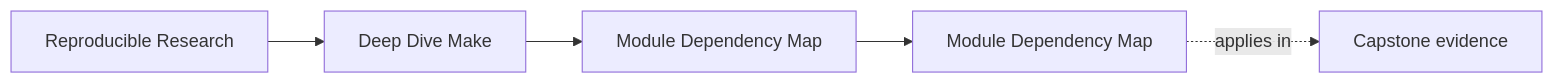
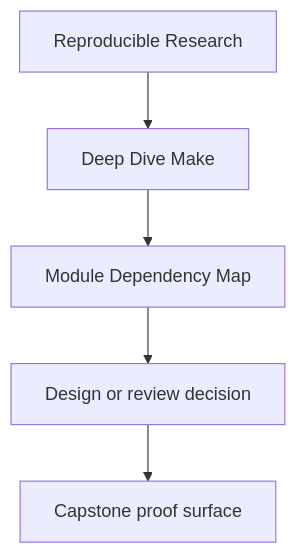
The first of 3 diagrams in programs/reproducible-research/deep-dive-make/course-book/reference/module-dependency-map.md (bijux/bijux-masterclass), drawn with Mermaid before and after one commit. The commit also changed other lines of this file and 29 other files, not shown here.

Commit message:
docs(deep-dive-make): sharpen guide and reference diagrams

````diff
--- a/programs/reproducible-research/deep-dive-make/course-book/reference/module-dependency-map.md
+++ b/programs/reproducible-research/deep-dive-make/course-book/reference/module-dependency-map.md
@@ -9,11 +9,7 @@
 ```mermaid
-graph LR
-  family["Reproducible Research"]
-  program["Deep Dive Make"]
-  section["Module Dependency Map"]
-  page["Module Dependency Map"]
-  capstone["Capstone evidence"]
-
-  family --> program --> section --> page
-  page -.applies in.-> capstone
+flowchart TD
+  family["Reproducible Research"] --> program["Deep Dive Make"]
+  program --> reference["Module Dependency Map"]
+  reference --> review["Design or review decision"]
+  review --> capstone["Capstone proof surface"]
 ```
````
